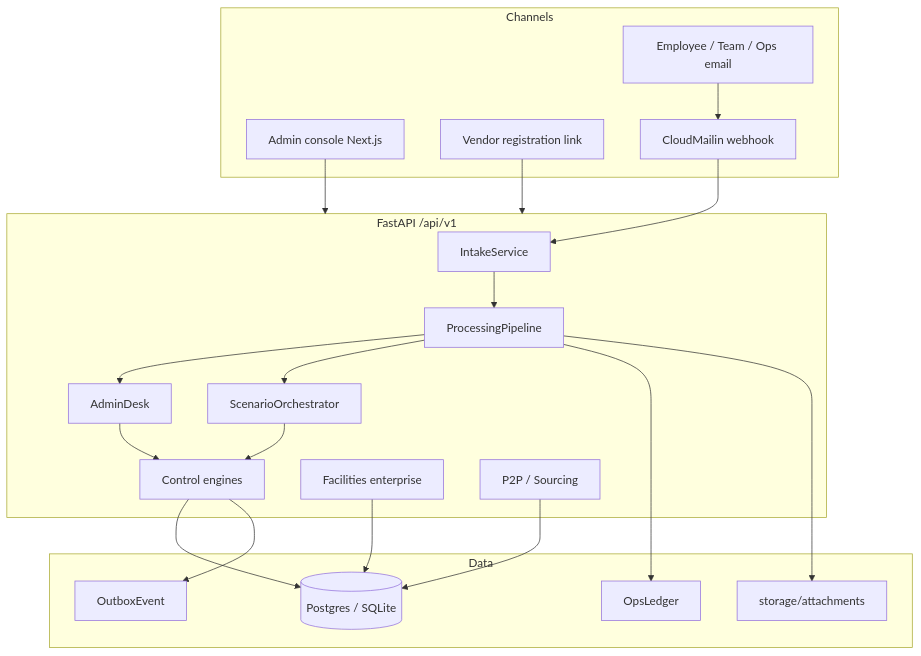
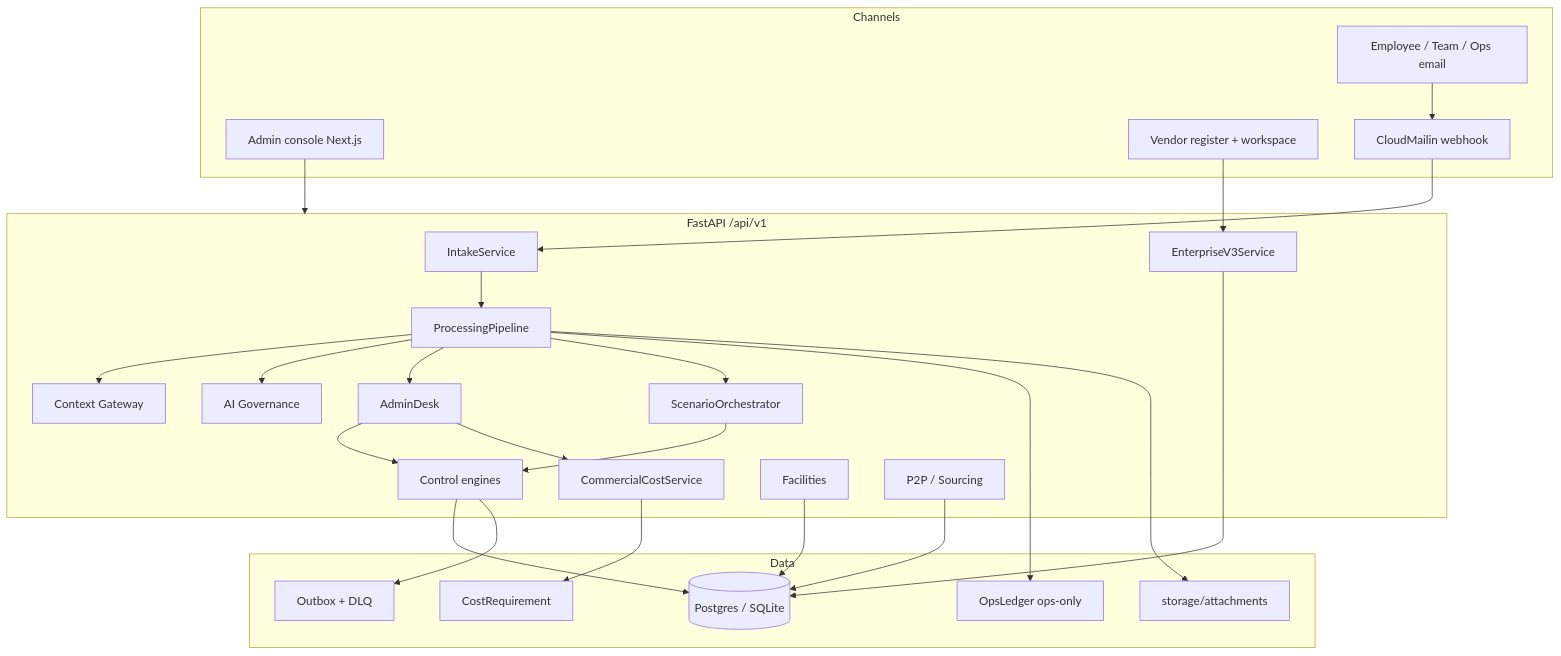
One commit to kshitiz-12/Orchestration changed the first of 6 diagrams in docs/SYSTEM.md. Above: the diagram before and after it, drawn with Mermaid. The commit also changed other lines of this file and 2 other files, not shown here.

````diff
--- a/docs/SYSTEM.md
+++ b/docs/SYSTEM.md
@@ -32,37 +39,47 @@
 ```mermaid
 flowchart TB
   subgraph channels [Channels]
     Mail[Employee / Team / Ops email]
     Console[Admin console Next.js]
-    VendorLink[Vendor registration link]
+    VendorLink[Vendor register + workspace]
     Webhook[CloudMailin webhook]
   end
   subgraph api [FastAPI /api/v1]
     Intake[IntakeService]
     Pipe[ProcessingPipeline]
+    GW[Context Gateway]
+    Gov[AI Governance]
     Desk[AdminDesk]
     Scen[ScenarioOrchestrator]
     Engines[Control engines]
-    Fac[Facilities enterprise]
+    Cost[CommercialCostService]
+    Ent[EnterpriseV3Service]
+    Fac[Facilities]
     P2P[P2P / Sourcing]
   end
   subgraph data [Data]
     DB[(Postgres / SQLite)]
     Store[storage/attachments]
-    Ledger[OpsLedger]
-    Outbox[OutboxEvent]
+    CR[CostRequirement]
+    Ledger[OpsLedger ops-only]
+    Outbox[Outbox + DLQ]
   end
   Mail --> Webhook --> Intake --> Pipe
+  Pipe --> GW
+  Pipe --> Gov
   Pipe --> Desk
   Pipe --> Scen
   Desk --> Engines
   Scen --> Engines
+  Desk --> Cost
   Console --> api
-  VendorLink --> api
+  VendorLink --> Ent
   Engines --> DB
+  Cost --> CR
   Fac --> DB
   P2P --> DB
+  Ent --> DB
   Pipe --> Ledger
   Pipe --> Store
   Engines --> Outbox
 ```
````
